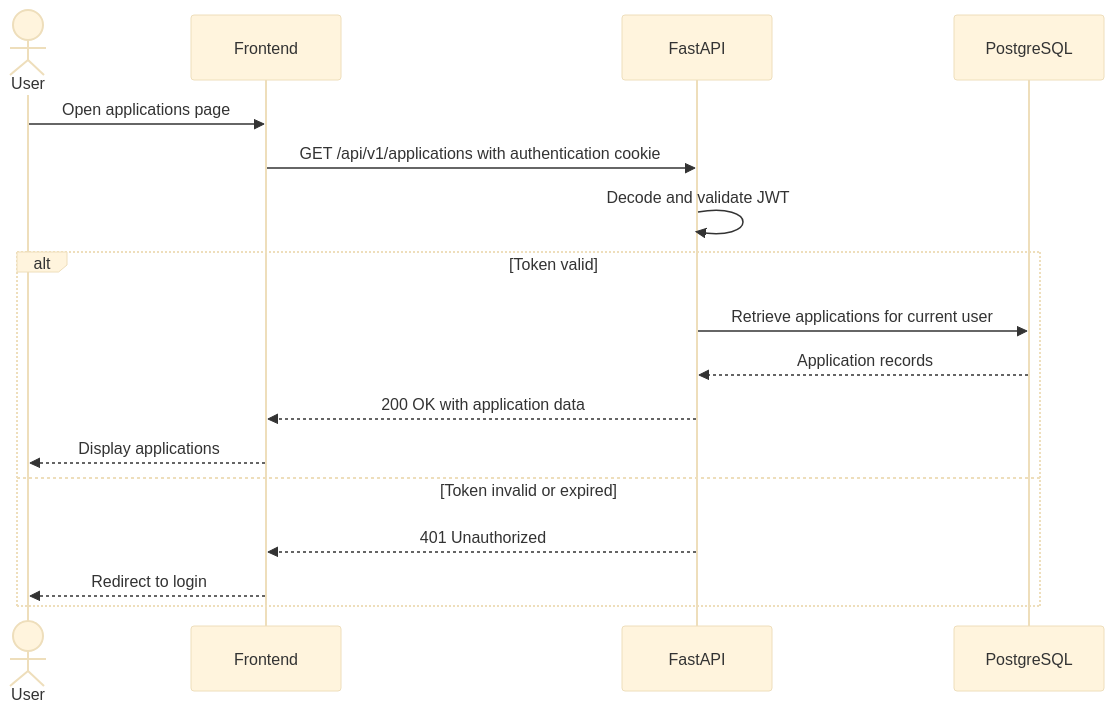
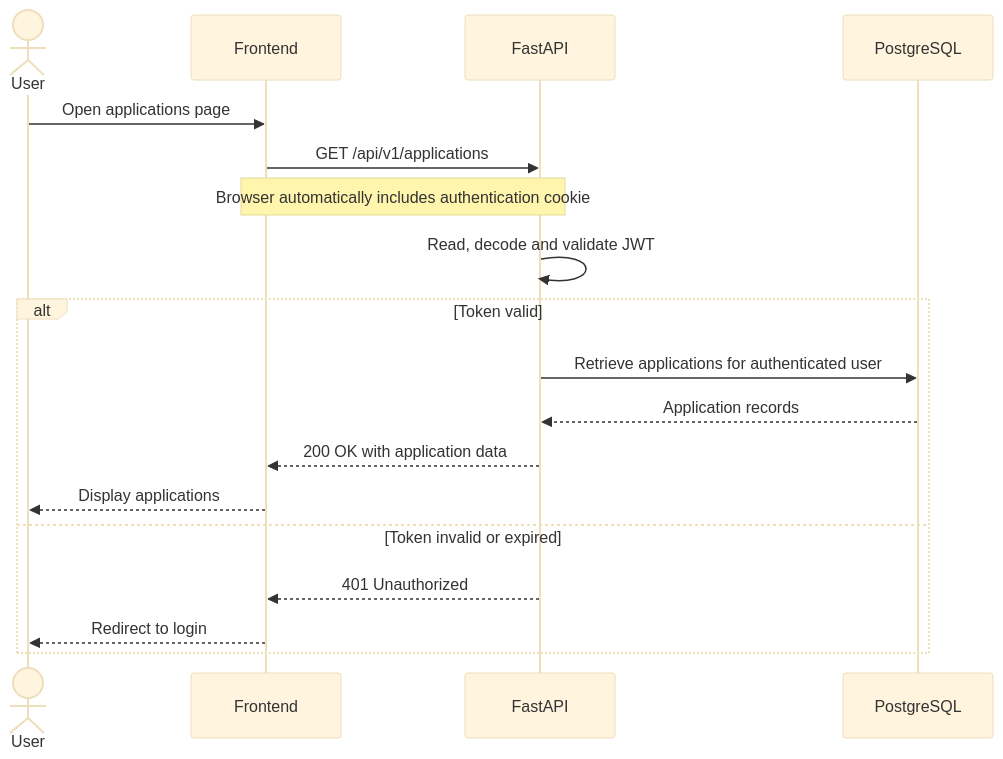
One commit to yasminhzrn/job-application-tracker changed the third of 12 diagrams in docs/action-flow.md. Above: the diagram before and after it, drawn with Mermaid (base theme). The commit also changed other lines of this file, not shown here.

Commit message:
add resume flow design

````diff
--- a/docs/action-flow.md
+++ b/docs/action-flow.md
@@ -63,21 +65,22 @@
 ```mermaid
 sequenceDiagram
     actor User
     participant Frontend
     participant API as FastAPI
     participant DB as PostgreSQL
 
     User->>Frontend: Open applications page
-    Frontend->>API: GET /api/v1/applications with authentication cookie
-    API->>API: Decode and validate JWT
+    Frontend->>API: GET /api/v1/applications
+    Note over Frontend,API: Browser automatically includes authentication cookie
+    API->>API: Read, decode and validate JWT
 
     alt Token valid
-        API->>DB: Retrieve applications for current user
+        API->>DB: Retrieve applications for authenticated user
         DB-->>API: Application records
         API-->>Frontend: 200 OK with application data
         Frontend-->>User: Display applications
     else Token invalid or expired
         API-->>Frontend: 401 Unauthorized
         Frontend-->>User: Redirect to login
     end
 ```
````
